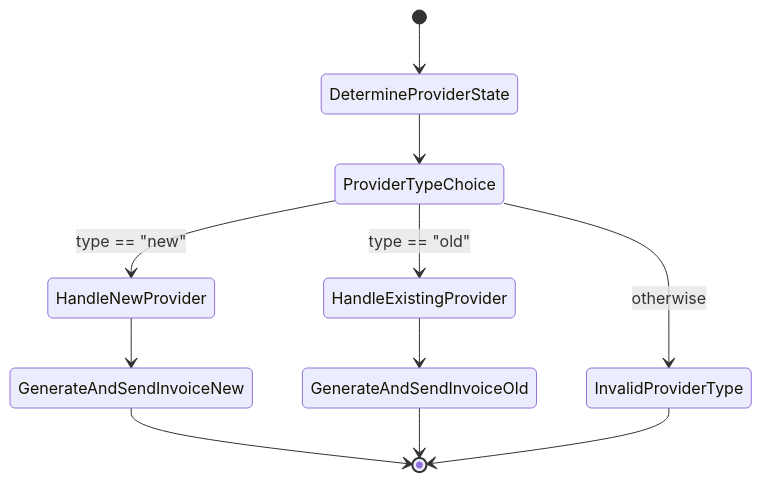
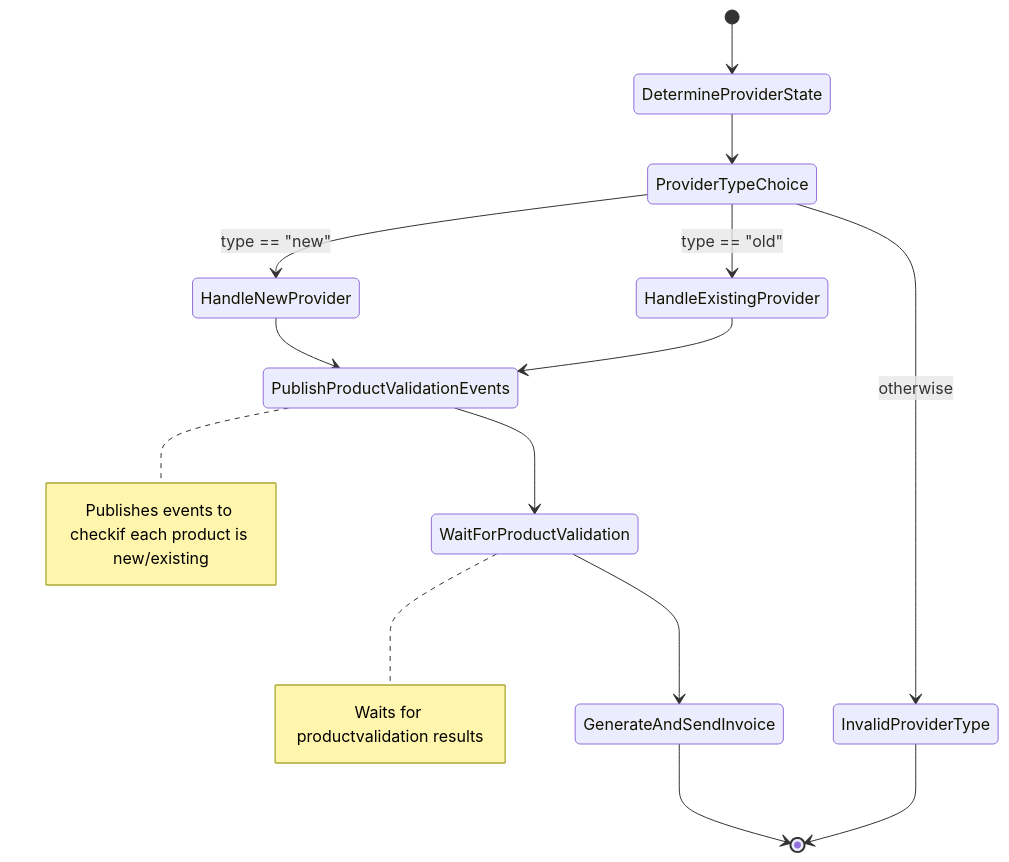
Before and after one commit to ayoubben18/invoicer-sst: the diagram in README.md, drawn with Mermaid. The commit also changed other lines of this file, not shown here.

````diff
--- a/README.md
+++ b/README.md
@@ -88,16 +88,21 @@
 ```mermaid
 stateDiagram-v2
     [*] --> DetermineProviderState
     DetermineProviderState --> ProviderTypeChoice
 
     ProviderTypeChoice --> HandleNewProvider: type == "new"
     ProviderTypeChoice --> HandleExistingProvider: type == "old"
     ProviderTypeChoice --> InvalidProviderType: otherwise
 
-    HandleNewProvider --> GenerateAndSendInvoiceNew
-    HandleExistingProvider --> GenerateAndSendInvoiceOld
+    HandleNewProvider --> PublishProductValidationEvents
+    HandleExistingProvider --> PublishProductValidationEvents
 
-    GenerateAndSendInvoiceNew --> [*]
-    GenerateAndSendInvoiceOld --> [*]
+    PublishProductValidationEvents --> WaitForProductValidation
+    WaitForProductValidation --> GenerateAndSendInvoice
+
+    GenerateAndSendInvoice --> [*]
     InvalidProviderType --> [*]
+
+    note right of PublishProductValidationEvents: Publishes events to checkif each product is new/existing
+    note right of WaitForProductValidation: Waits for productvalidation results
 ```
````
